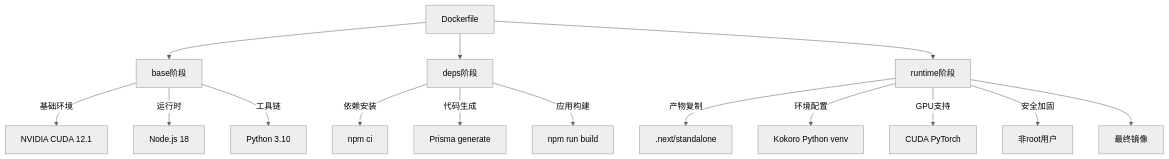
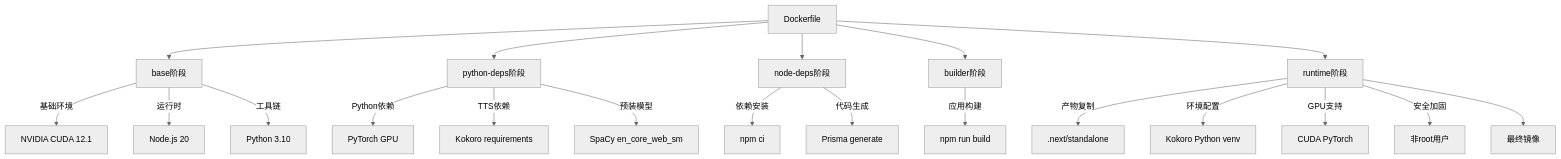
The first of 5 diagrams in .qoder/repowiki/zh/content/部署与运维.md (arthurlee116/english-listening-trainer), drawn with Mermaid (neutral theme) before and after one commit. The commit also changed other lines of this file and 70 other files, not shown here.

````diff
--- a/.qoder/repowiki/zh/content/部署与运维.md
+++ b/.qoder/repowiki/zh/content/部署与运维.md
@@ -48,17 +69,22 @@
 ```mermaid
 graph TD
 A[Dockerfile] --> B[base阶段]
-A --> C[deps阶段]
-A --> D[runtime阶段]
-B --> |基础环境| E[NVIDIA CUDA 12.1]
-B --> |运行时| F[Node.js 18]
-B --> |工具链| G[Python 3.10]
-C --> |依赖安装| H[npm ci]
-C --> |代码生成| I[Prisma generate]
-C --> |应用构建| J[npm run build]
-D --> |产物复制| K[.next/standalone]
-D --> |环境配置| L[Kokoro Python venv]
-D --> |GPU支持| M[CUDA PyTorch]
-D --> |安全加固| N[非root用户]
-D --> O[最终镜像]
+A --> C[python-deps阶段]
+A --> D[node-deps阶段]
+A --> E[builder阶段]
+A --> F[runtime阶段]
+B --> |基础环境| G[NVIDIA CUDA 12.1]
+B --> |运行时| H[Node.js 20]
+B --> |工具链| I[Python 3.10]
+C --> |Python依赖| J[PyTorch GPU]
+C --> |TTS依赖| K[Kokoro requirements]
+C --> |预装模型| L[SpaCy en_core_web_sm]
+D --> |依赖安装| M[npm ci]
+D --> |代码生成| N[Prisma generate]
+E --> |应用构建| O[npm run build]
+F --> |产物复制| P[.next/standalone]
+F --> |环境配置| Q[Kokoro Python venv]
+F --> |GPU支持| R[CUDA PyTorch]
+F --> |安全加固| S[非root用户]
+F --> T[最终镜像]
 ```
````
